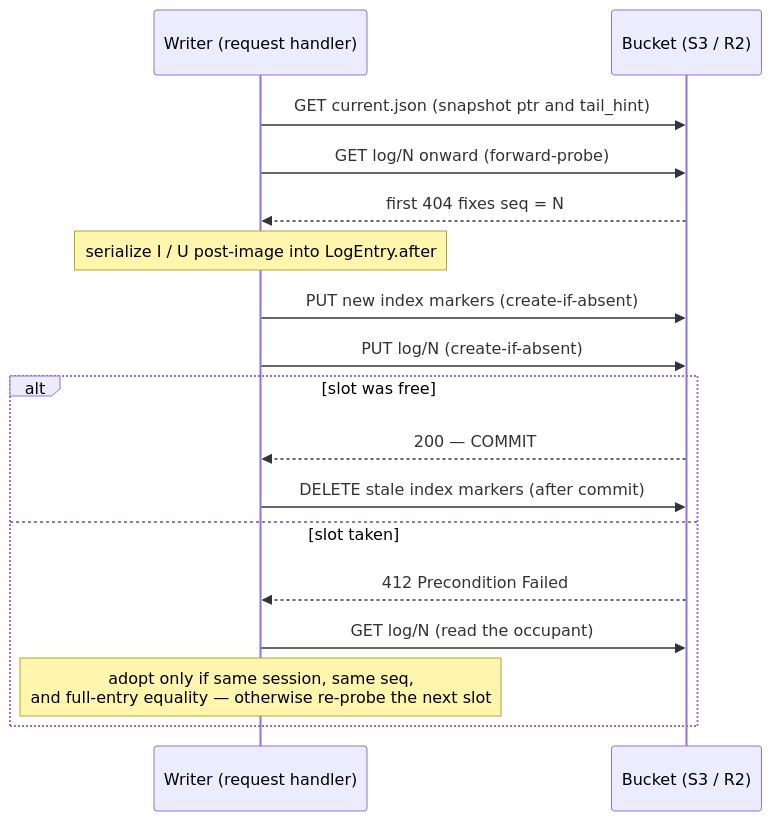
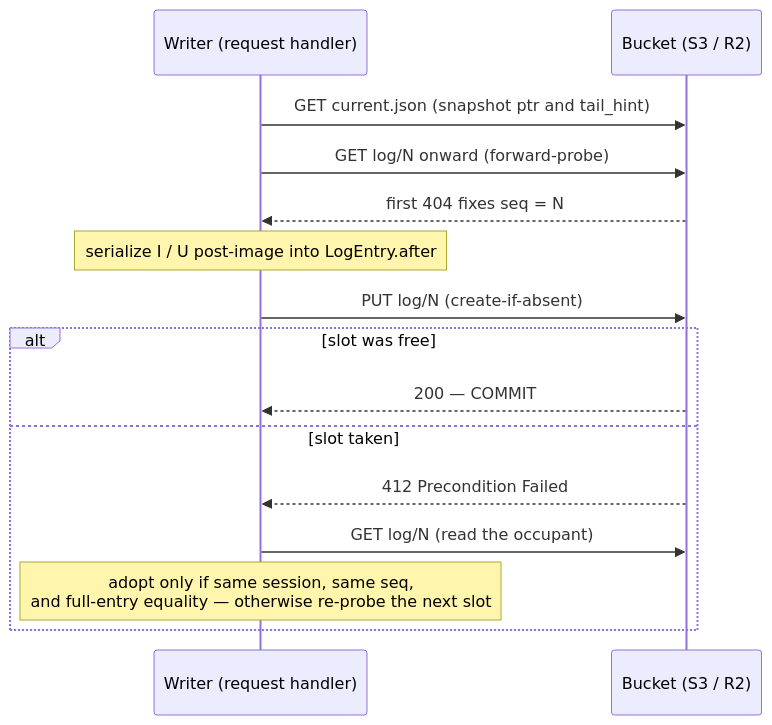
Before and after one commit to Gusto/baerly-storage: the fourth of 4 diagrams in docs/architecture.md, drawn with Mermaid. The commit also changed other lines of this file and 27 other files, not shown here.

First line of the commit message:
docs: describe the 0.7 commit path without index markers

````diff
--- a/docs/architecture.md
+++ b/docs/architecture.md
@@ -365,20 +356,18 @@
    ```mermaid
    sequenceDiagram
        participant W as Writer (request handler)
        participant B as Bucket (S3 / R2)
 
        W->>B: GET current.json (snapshot ptr and tail_hint)
        W->>B: GET log/N onward (forward-probe)
        B-->>W: first 404 fixes seq = N
        Note over W: serialize I / U post-image into LogEntry.after
-       W->>B: PUT new index markers (create-if-absent)
        W->>B: PUT log/N (create-if-absent)
        alt slot was free
            B-->>W: 200 — COMMIT
-           W->>B: DELETE stale index markers (after commit)
        else slot taken
            B-->>W: 412 Precondition Failed
            W->>B: GET log/N (read the occupant)
            Note over W: adopt only if same session, same seq,<br/>and full-entry equality — otherwise re-probe the next slot
        end
    ```
````
